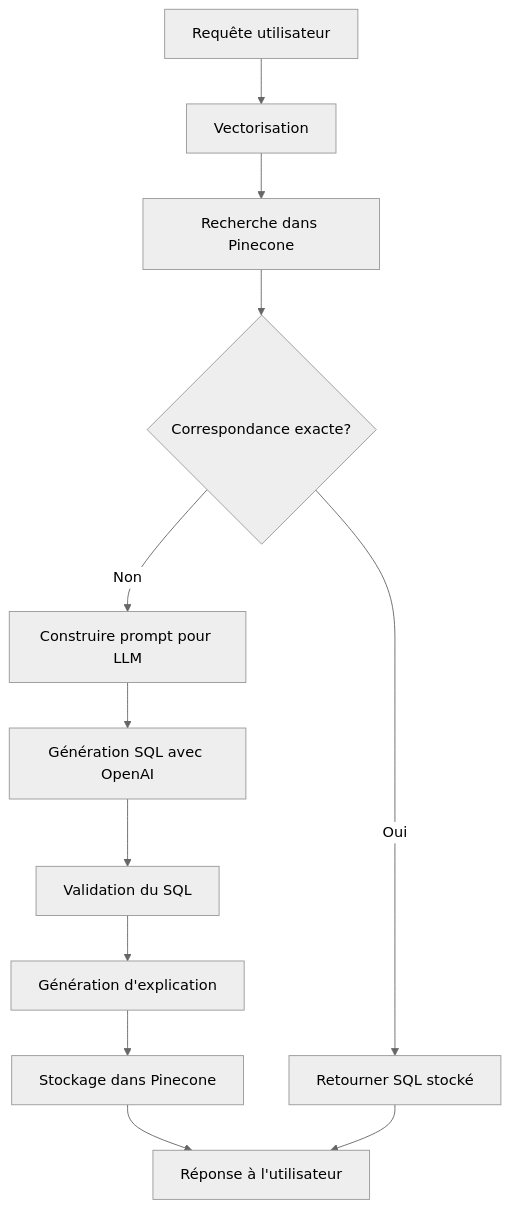
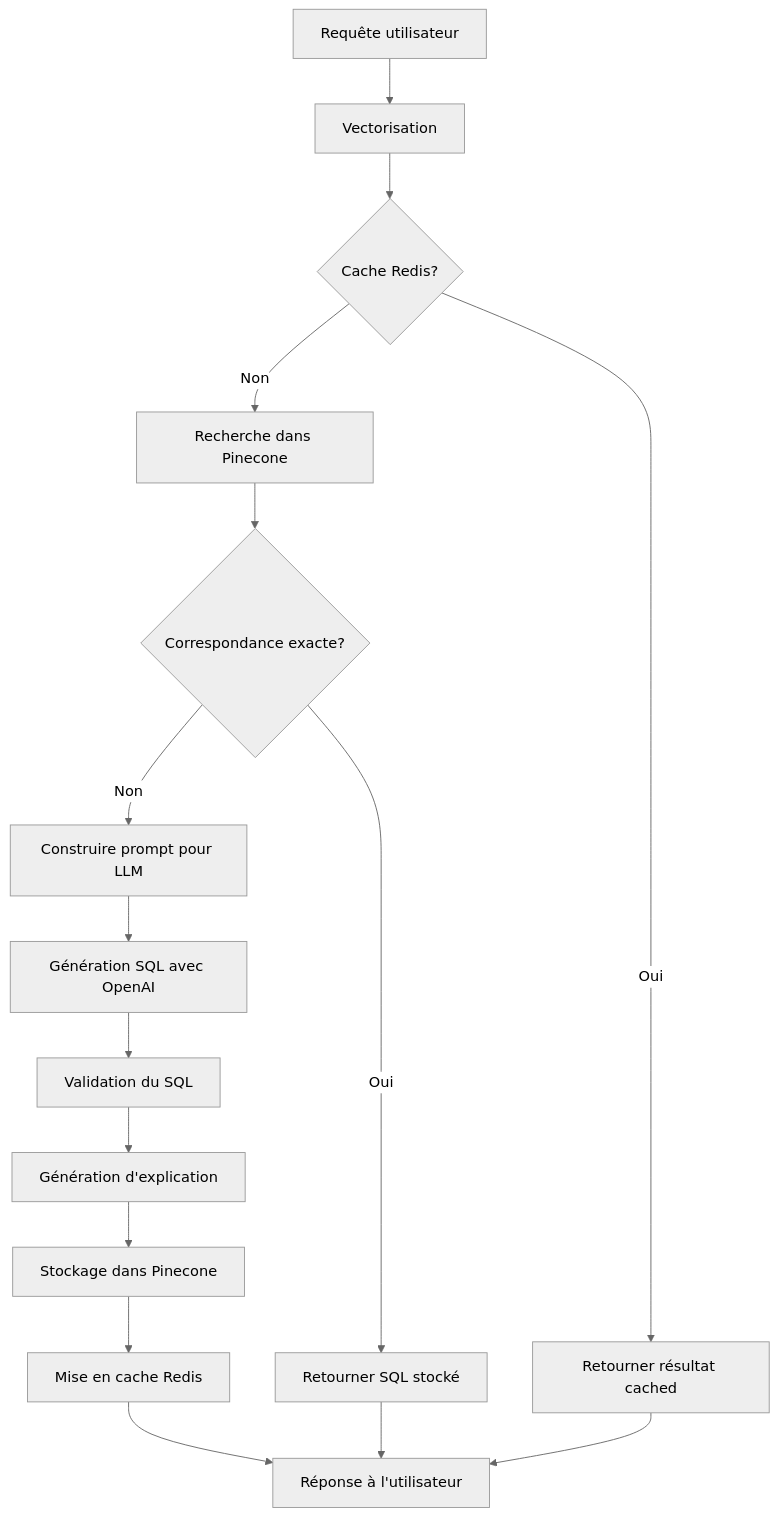
Before and after one commit to Theosutra/api: the diagram in README.md, drawn with Mermaid (neutral theme). The commit also changed other lines of this file and 2 other files, not shown here.

````diff
--- a/README.md
+++ b/README.md
@@ -235,14 +251,18 @@
 ```mermaid
 graph TD
     A[Requête utilisateur] --> B[Vectorisation]
-    B --> C[Recherche dans Pinecone]
-    C --> D{Correspondance exacte?}
-    D -->|Oui| E[Retourner SQL stocké]
-    D -->|Non| F[Construire prompt pour LLM]
-    F --> G[Génération SQL avec OpenAI]
-    G --> H[Validation du SQL]
-    H --> I[Génération d'explication]
-    I --> J[Stockage dans Pinecone]
-    J --> K[Réponse à l'utilisateur]
-    E --> K
+    B --> C{Cache Redis?}
+    C -->|Oui| D[Retourner résultat cached]
+    C -->|Non| E[Recherche dans Pinecone]
+    E --> F{Correspondance exacte?}
+    F -->|Oui| G[Retourner SQL stocké]
+    F -->|Non| H[Construire prompt pour LLM]
+    H --> I[Génération SQL avec OpenAI]
+    I --> J[Validation du SQL]
+    J --> K[Génération d'explication]
+    K --> L[Stockage dans Pinecone]
+    L --> M[Mise en cache Redis]
+    M --> N[Réponse à l'utilisateur]
+    G --> N
+    D --> N
 ```
````
